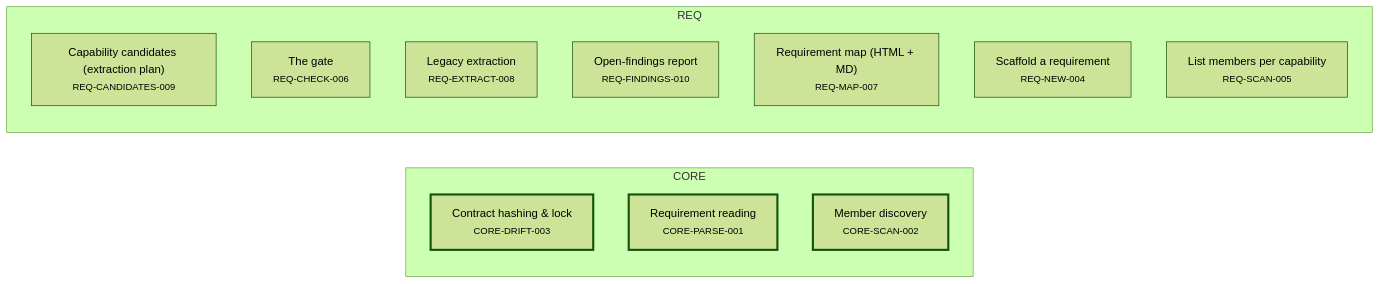
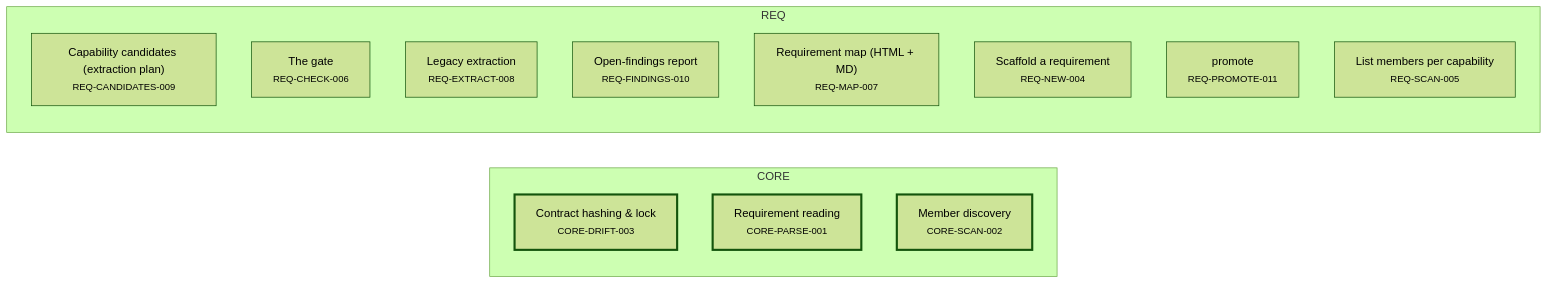
Before and after one commit to alxmax/Requirement-manager: the first of 4 diagrams in plugin/requirements/_map.md, drawn with Mermaid (forest theme). The commit also changed other lines of this file and 19 other files, not shown here.

````diff
--- a/plugin/requirements/_map.md
+++ b/plugin/requirements/_map.md
@@ -13,20 +13,21 @@
 ```mermaid
 graph LR
   subgraph sg_CORE["CORE"]
     CORE_DRIFT_003["Contract hashing & lock<br><small>CORE-DRIFT-003</small>"]
     CORE_PARSE_001["Requirement reading<br><small>CORE-PARSE-001</small>"]
     CORE_SCAN_002["Member discovery<br><small>CORE-SCAN-002</small>"]
   end
   subgraph sg_REQ["REQ"]
     REQ_CANDIDATES_009["Capability candidates (extraction plan)<br><small>REQ-CANDIDATES-009</small>"]
     REQ_CHECK_006["The gate<br><small>REQ-CHECK-006</small>"]
     REQ_EXTRACT_008["Legacy extraction<br><small>REQ-EXTRACT-008</small>"]
     REQ_FINDINGS_010["Open-findings report<br><small>REQ-FINDINGS-010</small>"]
     REQ_MAP_007["Requirement map (HTML + MD)<br><small>REQ-MAP-007</small>"]
     REQ_NEW_004["Scaffold a requirement<br><small>REQ-NEW-004</small>"]
+    REQ_PROMOTE_011["promote<br><small>REQ-PROMOTE-011</small>"]
     REQ_SCAN_005["List members per capability<br><small>REQ-SCAN-005</small>"]
   end
   style CORE_DRIFT_003 stroke-width:3px
   style CORE_PARSE_001 stroke-width:3px
   style CORE_SCAN_002 stroke-width:3px
 ```
````
